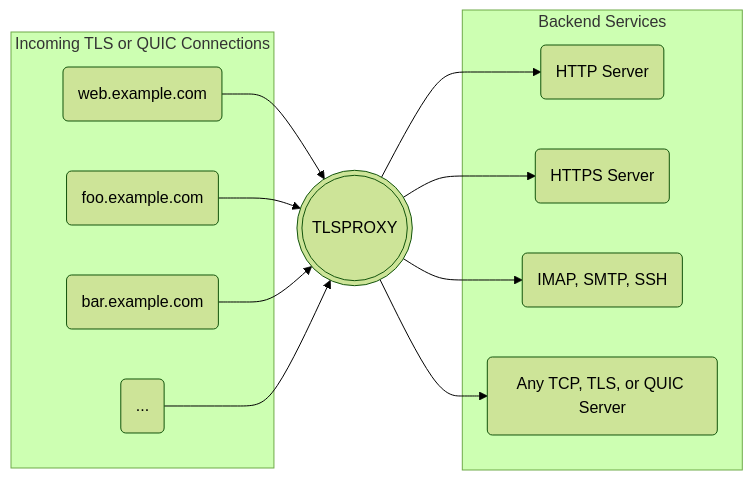
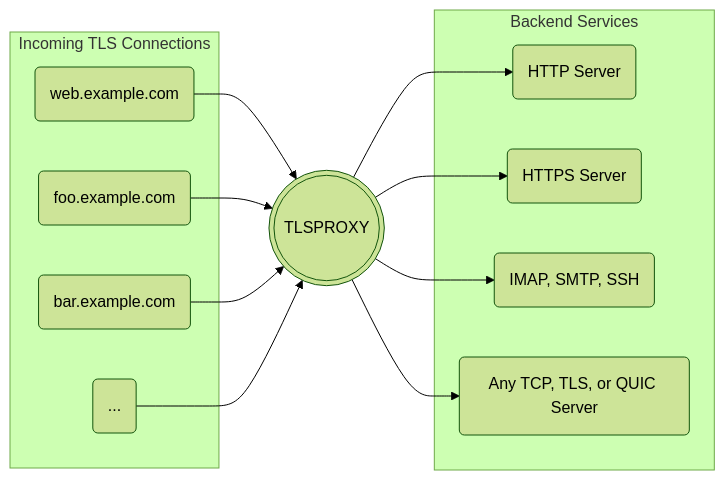
Before and after one commit to c2FmZQ/tlsproxy: the diagram in README.md, drawn with Mermaid (forest theme).

````diff
--- a/README.md
+++ b/README.md
@@ -52,24 +52,24 @@
 ```mermaid
 flowchart LR
-  subgraph Incoming TLS or QUIC Connections
+  subgraph Incoming TLS Connections
     h1("web.example.com")
     h2("foo.example.com")
     h3("bar.example.com")
     h4(...)
   end
   prx(((TLSPROXY)))
   subgraph Backend Services
     be1(HTTP Server)
     be2(HTTPS Server)
     be3(IMAP, SMTP, SSH)
     be4(Any TCP, TLS, or QUIC Server)
   end
   h1-->prx
   h2-->prx
   h3-->prx
   h4-->prx
   prx-->be1
   prx-->be2
   prx-->be3
   prx-->be4
 ```
````
